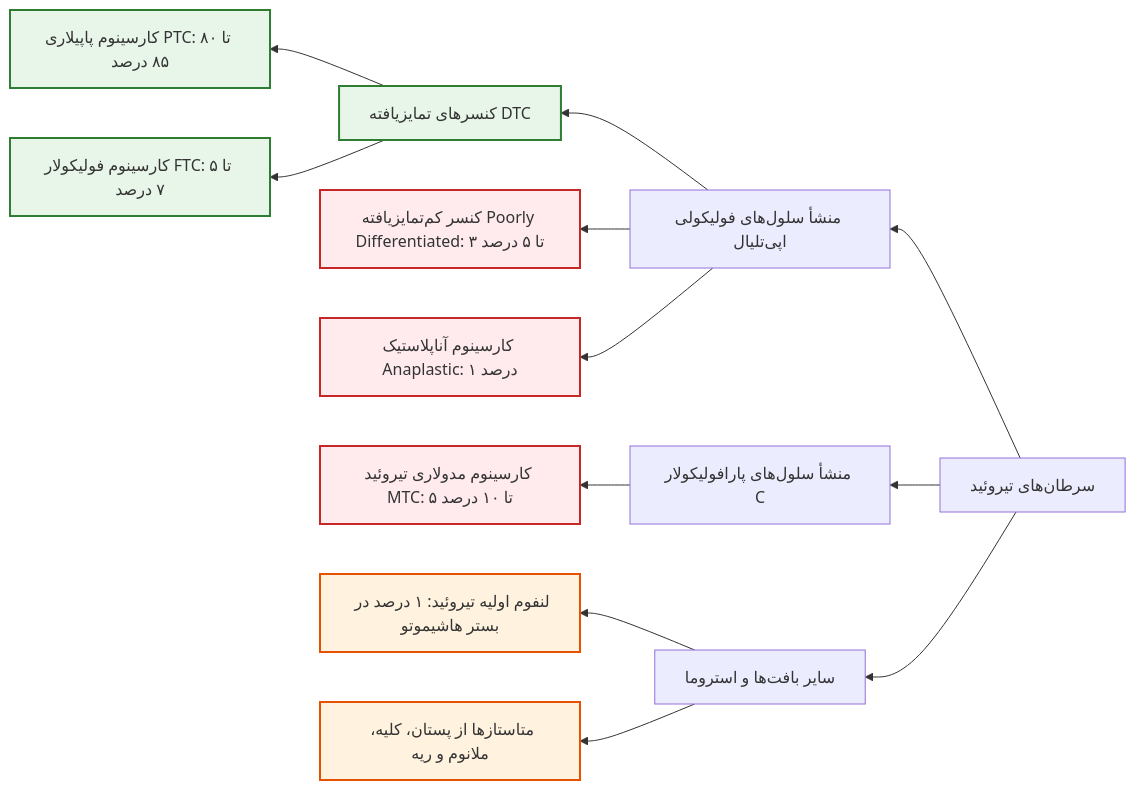
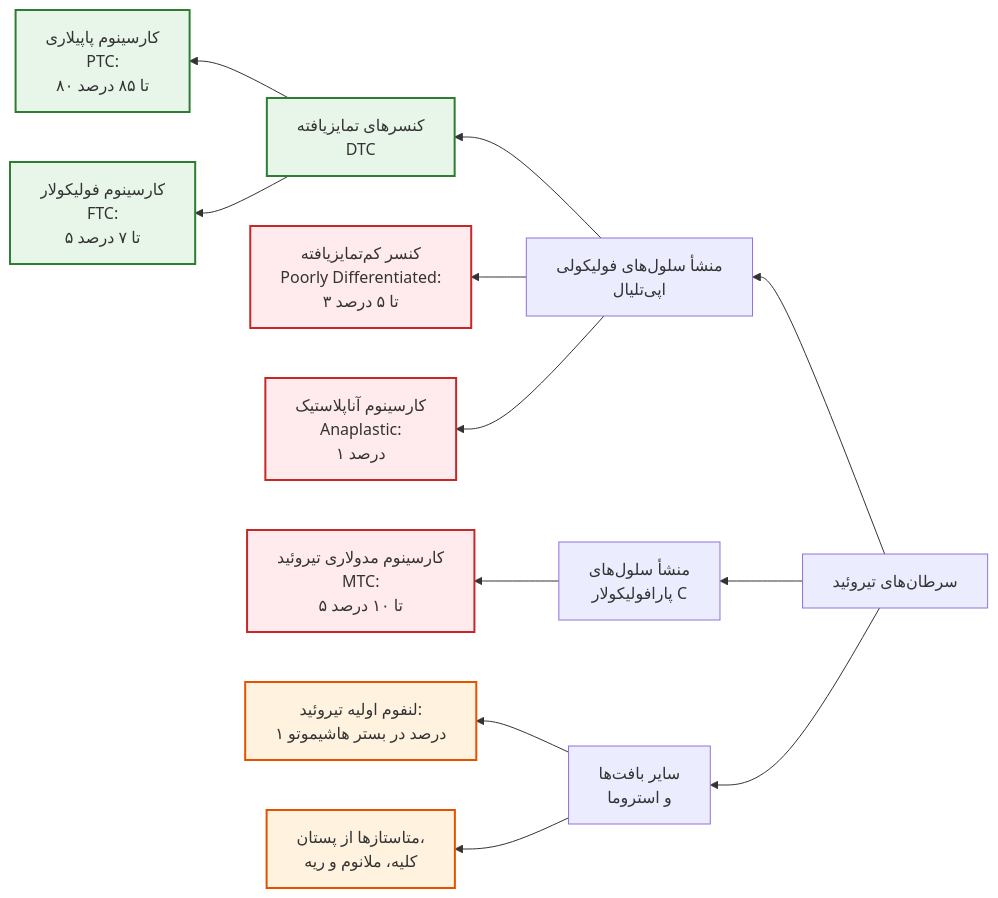
Before and after one commit to neopulse-hub/TUMS-1402-1-neo: the fifth of 6 diagrams in 07/مبانی غدد/اختلالات ساختاری تیروئید.md, drawn with Mermaid. The commit also changed other lines of this file, not shown here.

Commit message:
Update اختلالات ساختاری تیروئید.md

````diff
--- a/07/مبانی غدد/اختلالات ساختاری تیروئید.md
+++ b/07/مبانی غدد/اختلالات ساختاری تیروئید.md
@@ -237,22 +237,24 @@
 ```mermaid
 flowchart RL
-    classDef well fill:#e8f5e9,stroke:#2e7d32,stroke-width:2px;
-    classDef bad fill:#ffebee,stroke:#c62828,stroke-width:2px;
-    classDef other fill:#fff3e0,stroke:#e65100,stroke-width:2px;
 
-    Malignancy[سرطان‌های تیروئید] --> FollicularCell[منشأ سلول‌های فولیکولی اپی‌تلیال]
-    Malignancy --> CCell[منشأ سلول‌های پارافولیکولار C]
-    Malignancy --> OtherStroma[سایر بافت‌ها و استروما]
+classDef well fill:#e8f5e9,stroke:#2e7d32,stroke-width:2px;
 
-    FollicularCell --> DTC[کنسرهای تمایزیافته DTC]:::well
-    FollicularCell --> PDTC[کنسر کم‌تمایزیافته Poorly Differentiated: ۳ تا ۵ درصد]:::bad
-    FollicularCell --> ATC[کارسینوم آناپلاستیک Anaplastic: ۱ درصد]:::bad
+classDef bad fill:#ffebee,stroke:#c62828,stroke-width:2px;
 
-    DTC --> PTC[کارسینوم پاپیلاری PTC: ۸۰ تا ۸۵ درصد]:::well
-    DTC --> FTC[کارسینوم فولیکولار FTC: ۵ تا ۷ درصد]:::well
+classDef other fill:#fff3e0,stroke:#e65100,stroke-width:2px;
+Malignancy[سرطان‌های تیروئید] --> FollicularCell[منشأ سلول‌های فولیکولی<br>اپی‌تلیال]
+Malignancy --> CCell[منشأ سلول‌های<br>پارافولیکولار C]
+Malignancy --> OtherStroma[سایر بافت‌ها<br>و استروما]
 
-    CCell --> MTC[کارسینوم مدولاری تیروئید MTC: ۵ تا ۱۰ درصد]:::bad
+FollicularCell --> DTC[کنسرهای تمایزیافته<br>DTC]:::well
+FollicularCell --> PDTC[کنسر کم‌تمایزیافته<br>Poorly Differentiated:<br>۳ تا ۵ درصد]:::bad
+FollicularCell --> ATC[کارسینوم آناپلاستیک<br>Anaplastic:<br>۱ درصد]:::bad
 
-    OtherStroma --> Lymphoma[لنفوم اولیه تیروئید: ۱ درصد در بستر هاشیموتو]:::other
-    OtherStroma --> Metastasis[متاستازها از پستان، کلیه، ملانوم و ریه]:::other
+DTC --> PTC[کارسینوم پاپیلاری<br>PTC:<br>۸۰ تا ۸۵ درصد]:::well
+DTC --> FTC[کارسینوم فولیکولار<br>FTC:<br>۵ تا ۷ درصد]:::well
+
+CCell --> MTC[کارسینوم مدولاری تیروئید<br>MTC:<br>۵ تا ۱۰ درصد]:::bad
+
+OtherStroma --> Lymphoma[لنفوم اولیه تیروئید:<br>۱ درصد در بستر هاشیموتو]:::other
+OtherStroma --> Metastasis[متاستازها از پستان،<br>کلیه، ملانوم و ریه]:::other
 ```
````
